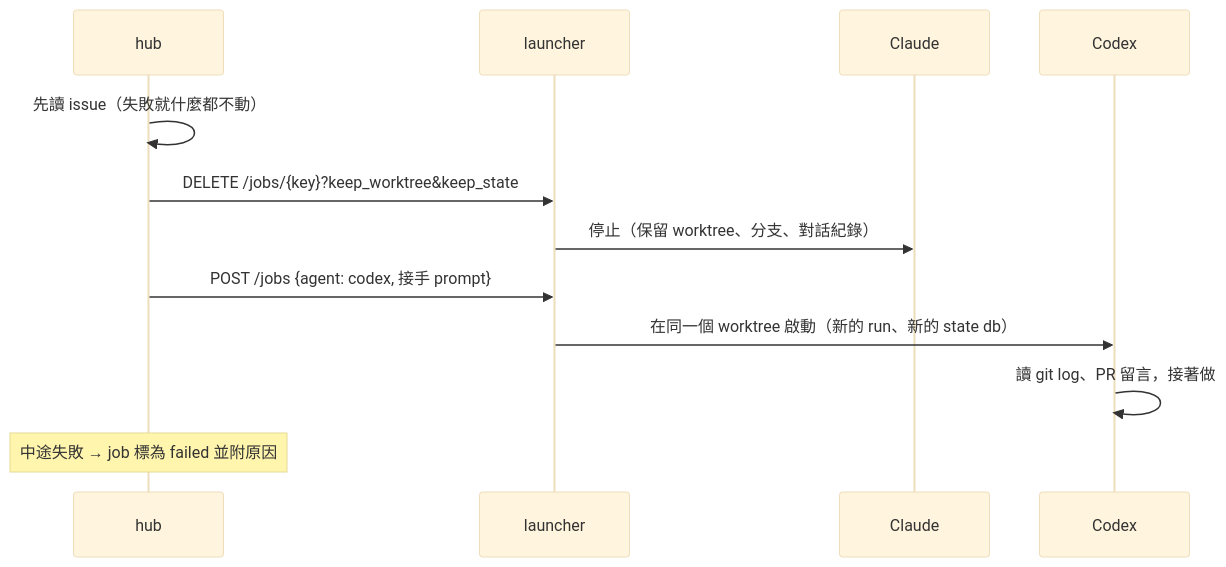
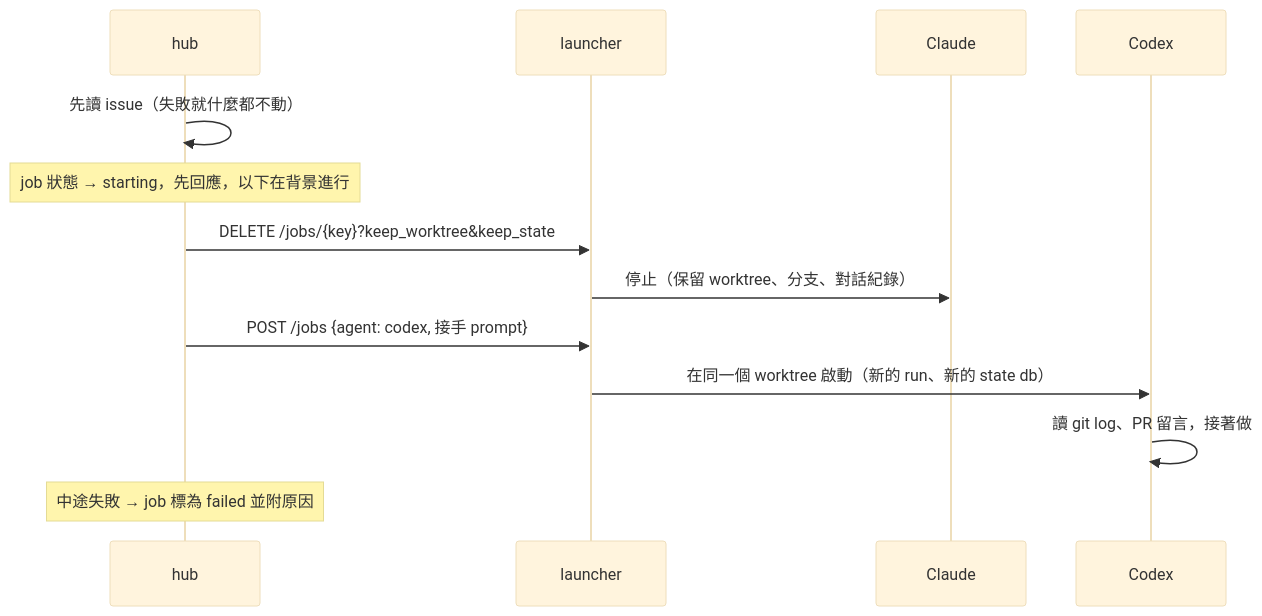
One commit to k1dav-c/agentapi changed the fifth of 7 diagrams in docs/specs/issue-dispatch-flow.zh-TW.md. Above: the diagram before and after it, drawn with Mermaid (base theme). The commit also changed other lines of this file and 10 other files, not shown here.

````diff
--- a/docs/specs/issue-dispatch-flow.zh-TW.md
+++ b/docs/specs/issue-dispatch-flow.zh-TW.md
@@ -161,15 +162,16 @@
 ```mermaid
 sequenceDiagram
   participant H as hub
   participant L as launcher
   participant J1 as Claude
   participant J2 as Codex
 
   H->>H: 先讀 issue（失敗就什麼都不動）
+  Note over H: job 狀態 → starting，先回應，以下在背景進行
   H->>L: DELETE /jobs/{key}?keep_worktree&keep_state
   L->>J1: 停止（保留 worktree、分支、對話紀錄）
   H->>L: POST /jobs {agent: codex, 接手 prompt}
   L->>J2: 在同一個 worktree 啟動（新的 run、新的 state db）
   J2->>J2: 讀 git log、PR 留言，接著做
   Note over H: 中途失敗 → job 標為 failed 並附原因
 ```
````
